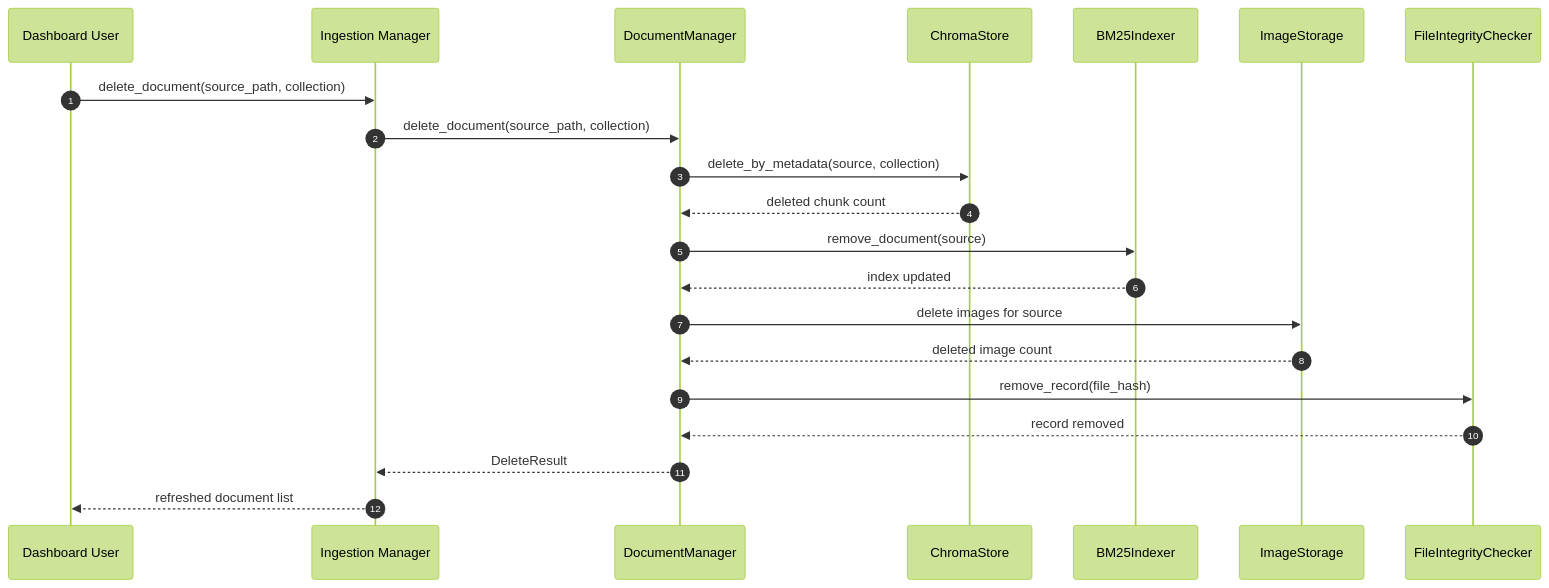
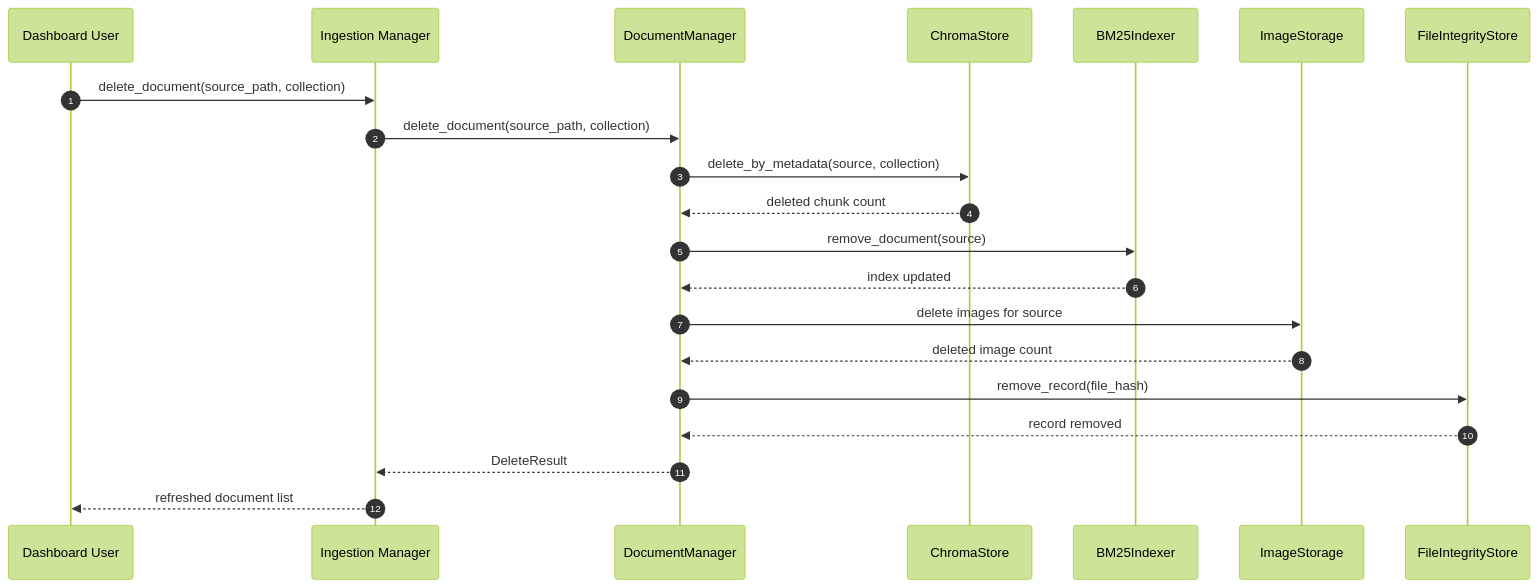
The ninth of 9 diagrams in ARCHITECTURE_DIAGRAMS.md (CHZarles/modular-rag-mcp), drawn with Mermaid (forest theme) before and after one commit. The commit also changed other lines of this file and 6 other files, not shown here.

First line of the commit message:
refactor(ingestion): [C2] align integrity store naming

````diff
--- a/ARCHITECTURE_DIAGRAMS.md
+++ b/ARCHITECTURE_DIAGRAMS.md
@@ -466,24 +466,24 @@
 ```mermaid
 sequenceDiagram
   autonumber
   participant User as Dashboard User
   participant UI as Ingestion Manager
   participant Manager as DocumentManager
   participant Chroma as ChromaStore
   participant BM25 as BM25Indexer
   participant Images as ImageStorage
-  participant Integrity as FileIntegrityChecker
+  participant Integrity as FileIntegrityStore
 
   User->>UI: delete_document(source_path, collection)
   UI->>Manager: delete_document(source_path, collection)
   Manager->>Chroma: delete_by_metadata(source, collection)
   Chroma-->>Manager: deleted chunk count
   Manager->>BM25: remove_document(source)
   BM25-->>Manager: index updated
   Manager->>Images: delete images for source
   Images-->>Manager: deleted image count
   Manager->>Integrity: remove_record(file_hash)
   Integrity-->>Manager: record removed
   Manager-->>UI: DeleteResult
   UI-->>User: refreshed document list
 ```
````
